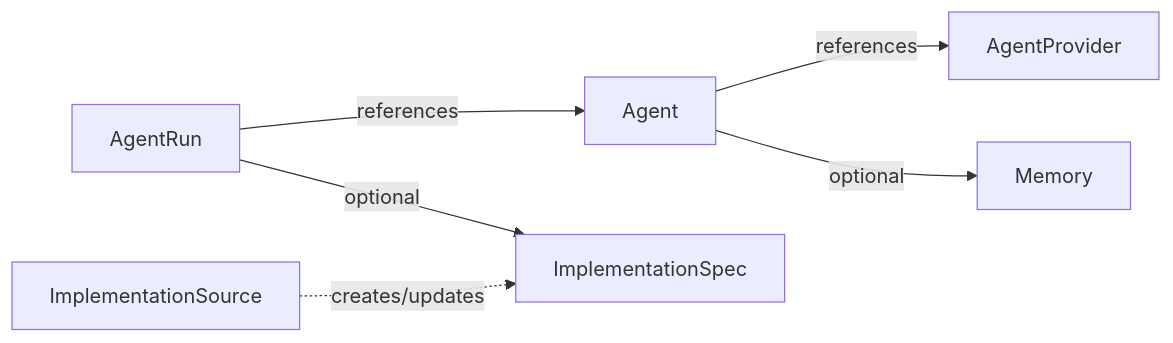
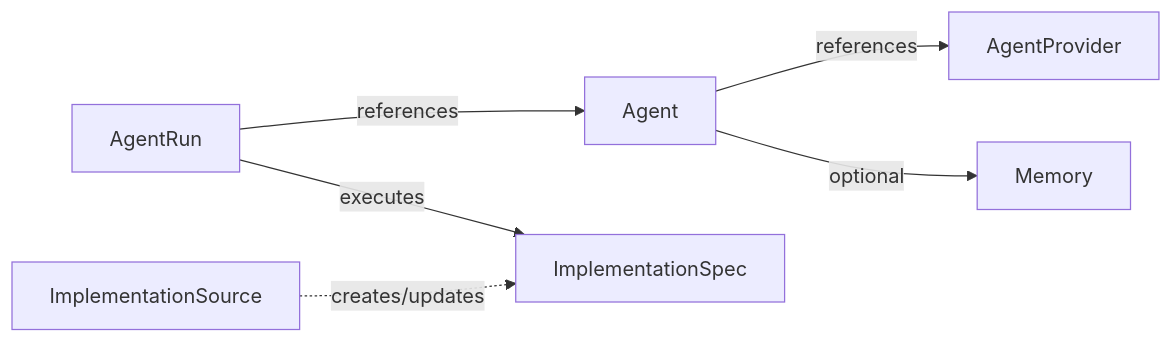
Before and after one commit to proompteng/lab: the second of 4 diagrams in docs/agents-helm-chart-design.md, drawn with Mermaid. The commit also changed other lines of this file, not shown here.

Commit message:
docs(agents): align agentrun and implementation spec

````diff
--- a/docs/agents-helm-chart-design.md
+++ b/docs/agents-helm-chart-design.md
@@ -84,8 +84,8 @@
 ```mermaid
 graph LR
   AgentRun -->|references| Agent
   Agent -->|references| AgentProvider
   Agent -->|optional| Memory
-  AgentRun -->|optional| ImplementationSpec
+  AgentRun -->|executes| ImplementationSpec
   ImplementationSource -.->|creates/updates| ImplementationSpec
 ```
````
